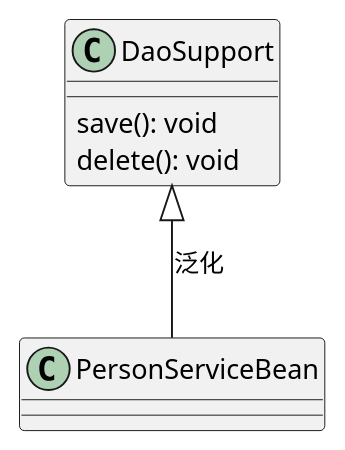
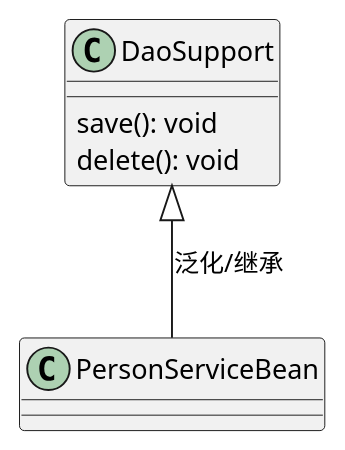
One commit to zymzz1996/design_pattern changed the diagram in src/com/zym/uml/generalization/Generalization.puml. Above: the diagram before and after it, drawn with PlantUML. The commit also changed 9 other files, not shown here.

```diff
--- a/src/com/zym/uml/generalization/Generalization.puml
+++ b/src/com/zym/uml/generalization/Generalization.puml
@@ -1,13 +1,13 @@
 @startuml
 'https://plantuml.com/class-diagram
 '泛化关系
 
 class PersonServiceBean
 class DaoSupport{
     save(): void
     delete(): void
 }
 
-DaoSupport <|-- PersonServiceBean : 泛化
+DaoSupport <|-- PersonServiceBean : 泛化/继承
 
 @enduml
```
